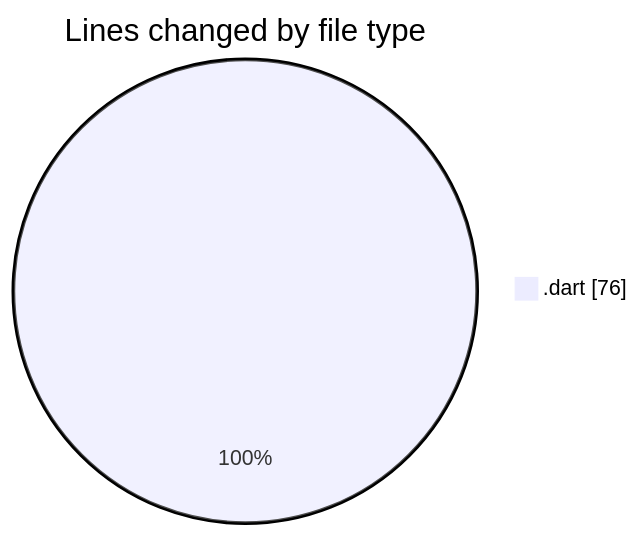
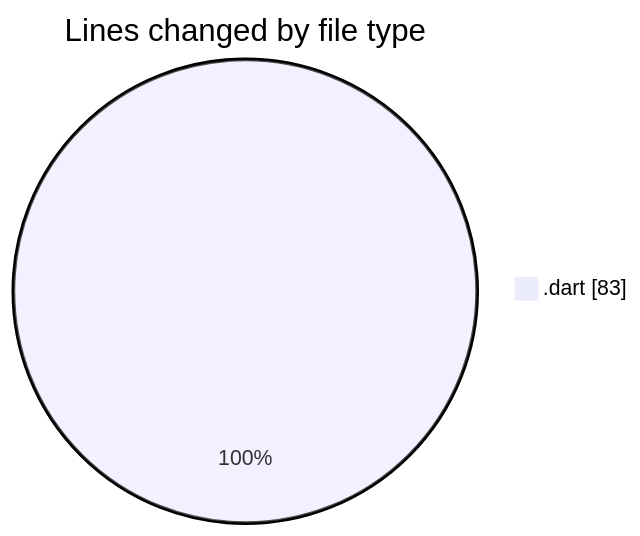
Before and after one commit to donsfak/code-tracking: the first of 2 diagrams in 2025-02-26/drivers_app/README.md, drawn with Mermaid. The commit also changed other lines of this file and 1 other file, not shown here.

````diff
--- a/2025-02-26/drivers_app/README.md
+++ b/2025-02-26/drivers_app/README.md
@@ -21,5 +21,5 @@
 ```mermaid
 pie showData
 title Lines changed by file type
-".dart" : 76
+".dart" : 83
 ```
````
